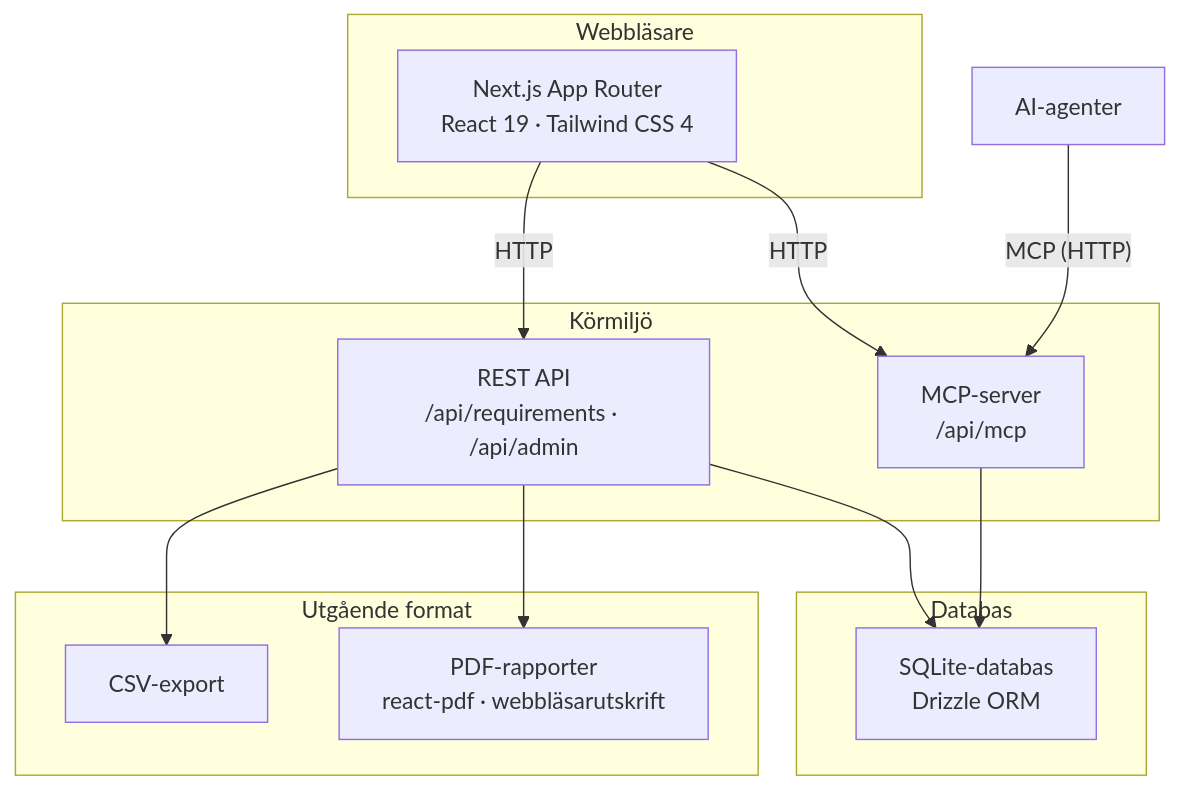
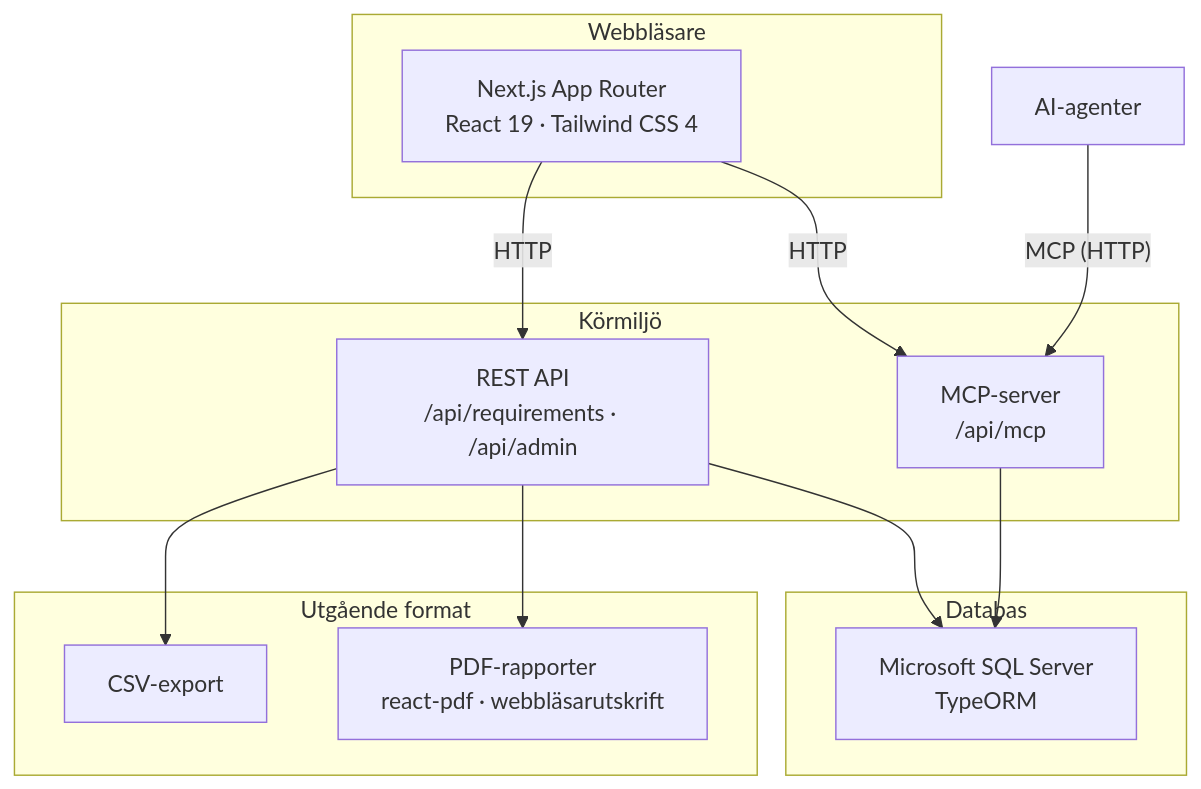
The first of 6 diagrams in docs/arkitekturbeskrivning-kravhantering.md (viscalyx/Kravhantering), drawn with Mermaid before and after one commit. The commit also changed other lines of this file and 246 other files, not shown here.

Commit message:
Refactor to use MS SQL Server instead of Sqlite (#92)

````diff
--- a/docs/arkitekturbeskrivning-kravhantering.md
+++ b/docs/arkitekturbeskrivning-kravhantering.md
@@ -49,29 +55,29 @@
 ```mermaid
 graph TB
     subgraph "Webbläsare"
         UI["Next.js App Router<br/>React 19 · Tailwind CSS 4"]
     end
 
     subgraph "Körmiljö"
         API["REST API<br/>/api/requirements · /api/admin"]
         MCP["MCP-server<br/>/api/mcp"]
     end
 
     subgraph "Databas"
-        DB["SQLite-databas<br/>Drizzle ORM"]
+        DB["Microsoft SQL Server<br/>TypeORM"]
     end
 
     subgraph "Utgående format"
         CSV["CSV-export"]
         PDF["PDF-rapporter<br/>react-pdf · webbläsarutskrift"]
     end
 
     UI -->|HTTP| API
     UI -->|HTTP| MCP
     API --> DB
     MCP --> DB
     API --> CSV
     API --> PDF
 
     AI["AI-agenter"] -->|"MCP (HTTP)"| MCP
 ```
````
